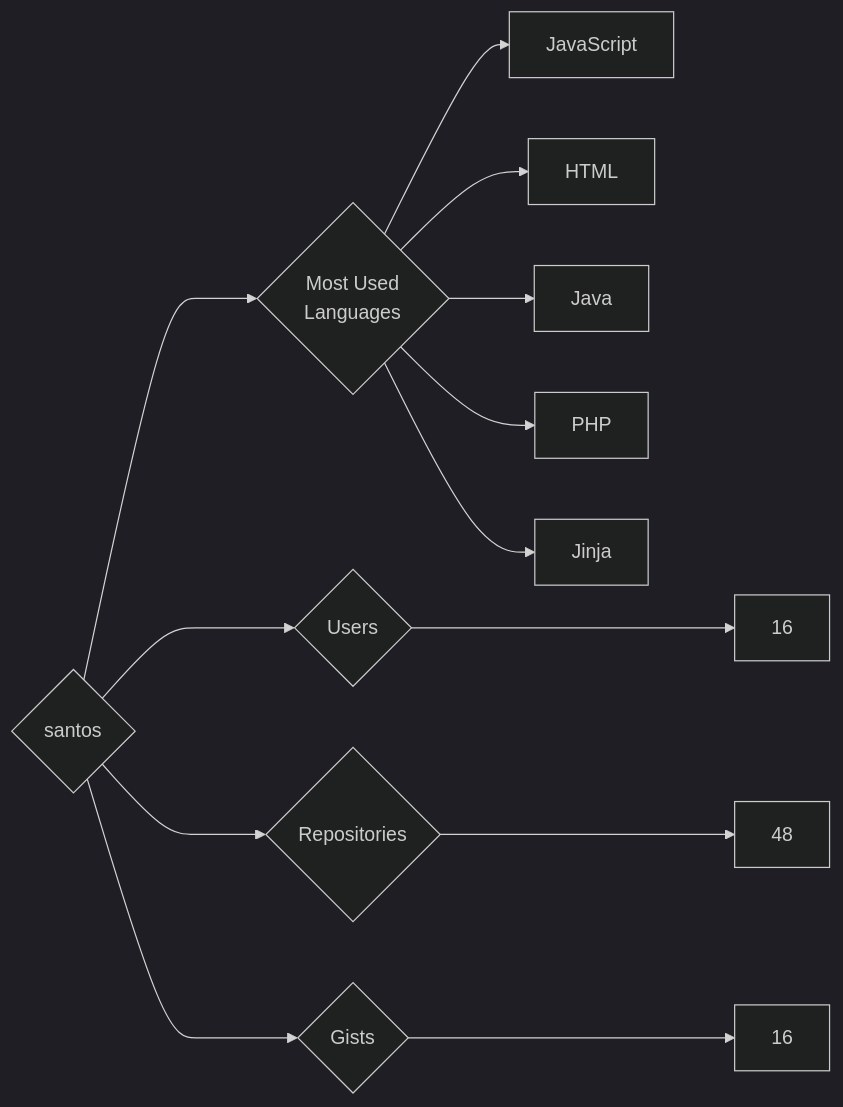
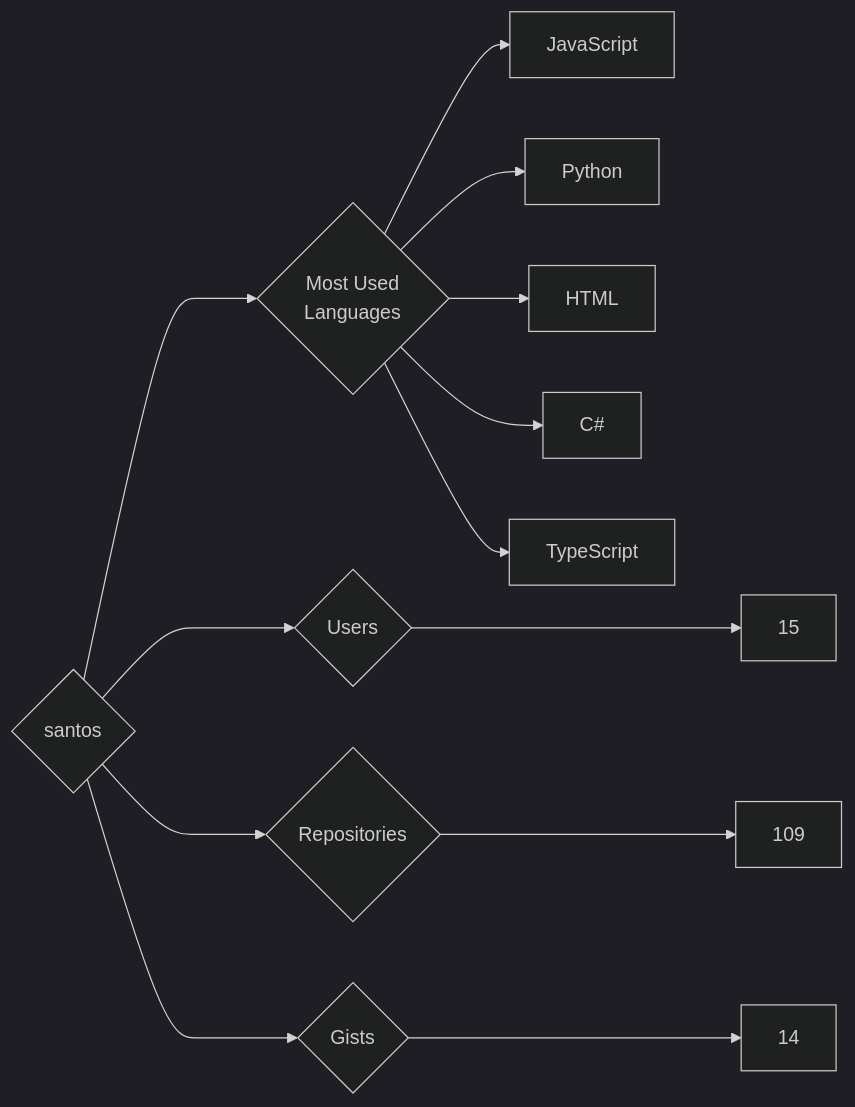
Before and after one commit to trickest/insiders: the diagram in targets/santos/README.md, drawn with Mermaid (dark theme). The commit also changed 1508 other files, not shown here.

````diff
--- a/targets/santos/README.md
+++ b/targets/santos/README.md
@@ -3,13 +3,13 @@
 ```mermaid
 graph LR
 COMPANY_NAME{santos}
-COMPANY_NAME ---> U{Users} ---> UN[16]
-COMPANY_NAME ---> R{Repositories} ---> RN[48]
-COMPANY_NAME ---> G{Gists} ---> GN[16]
+COMPANY_NAME ---> U{Users} ---> UN[15]
+COMPANY_NAME ---> R{Repositories} ---> RN[109]
+COMPANY_NAME ---> G{Gists} ---> GN[14]
 COMPANY_NAME ---> ML{Most Used<br>Languages}
 ML --> JavaScript[JavaScript]
+ML --> Python[Python]
 ML --> HTML[HTML]
-ML --> Java[Java]
-ML --> PHP[PHP]
-ML --> Jinja[Jinja]
+ML --> C#[C#]
+ML --> TypeScript[TypeScript]
 ```
````
